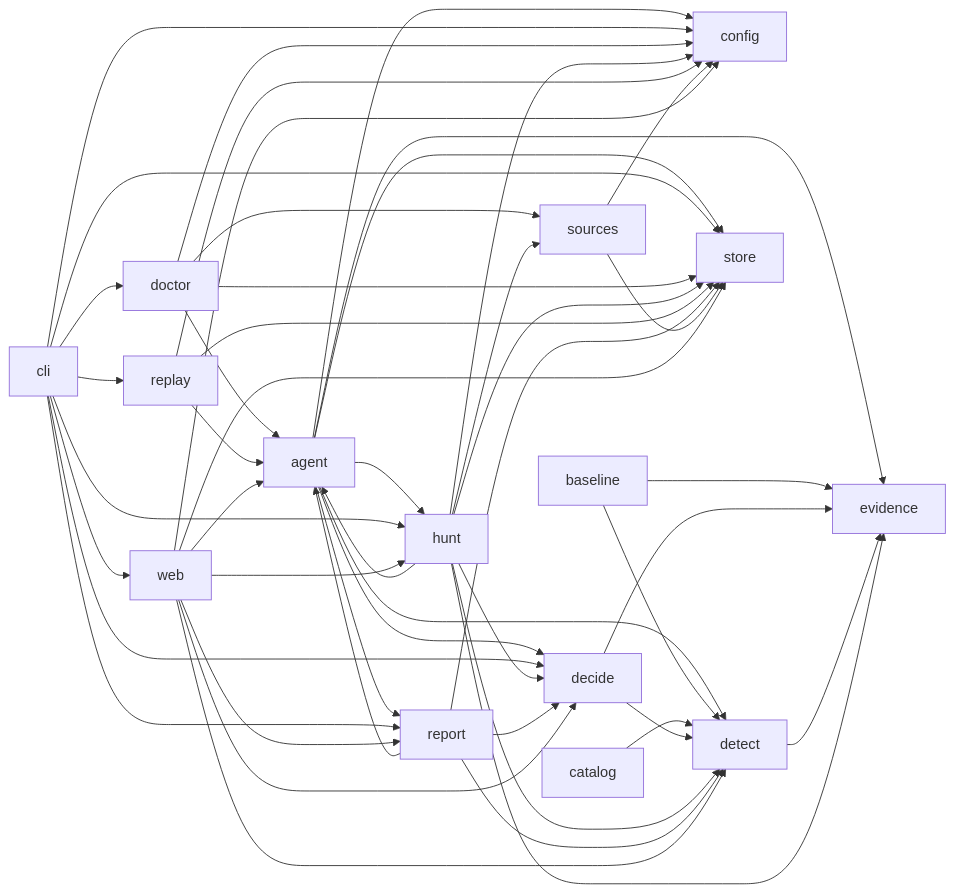
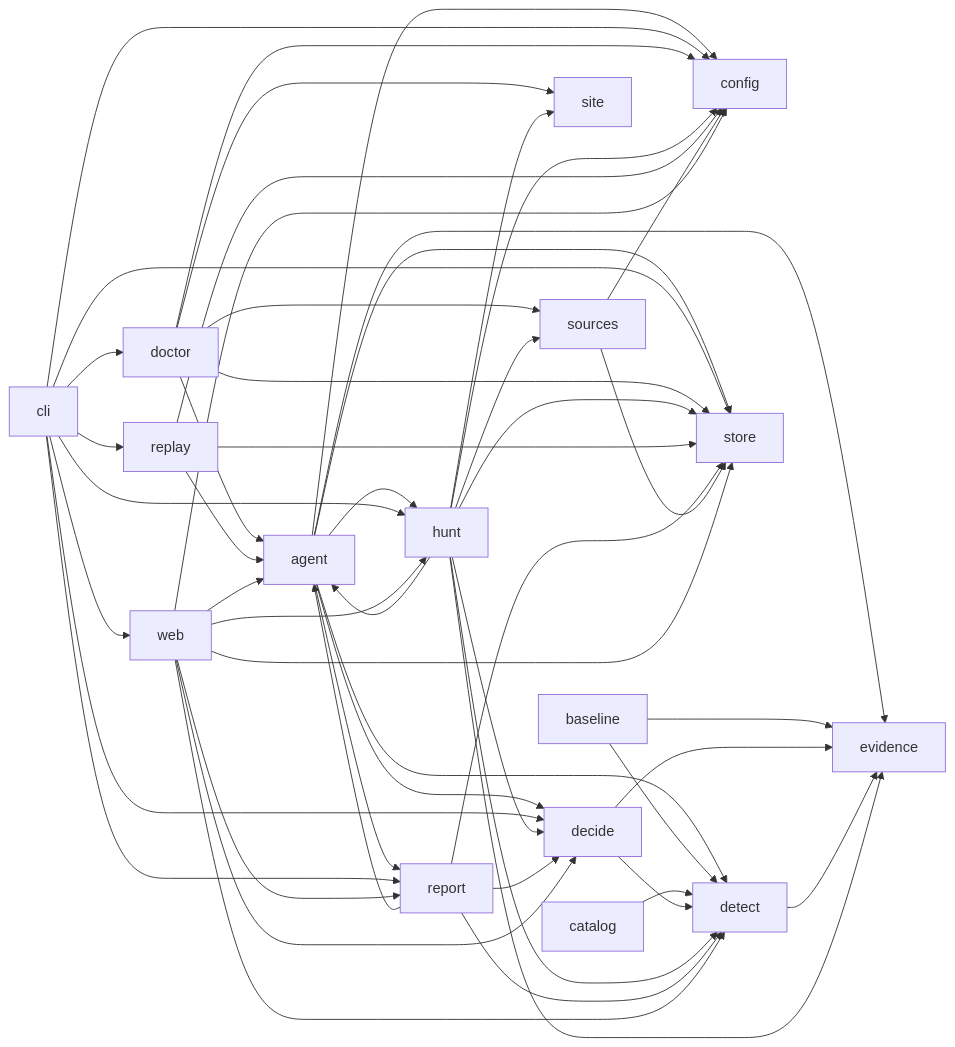
Before and after one commit to nickthabib-cloud/ROMULUS: the diagram in docs/architecture/MODULE_MAP.md, drawn with Mermaid. The commit also changed other lines of this file and 6 other files, not shown here.

````diff
--- a/docs/architecture/MODULE_MAP.md
+++ b/docs/architecture/MODULE_MAP.md
@@ -119,51 +120,53 @@
 ```mermaid
 graph LR
   agent --> config
   agent --> decide
   agent --> detect
   agent --> evidence
   agent --> hunt
   agent --> report
   agent --> store
   baseline --> detect
   baseline --> evidence
   catalog --> detect
   cli --> config
   cli --> decide
   cli --> doctor
   cli --> hunt
   cli --> replay
   cli --> report
   cli --> store
   cli --> web
   decide --> detect
   decide --> evidence
   detect --> evidence
   doctor --> agent
   doctor --> config
+  doctor --> site
   doctor --> sources
   doctor --> store
   hunt --> agent
   hunt --> config
   hunt --> decide
   hunt --> detect
   hunt --> evidence
+  hunt --> site
   hunt --> sources
   hunt --> store
   replay --> agent
   replay --> config
   replay --> store
   report --> agent
   report --> decide
   report --> detect
   report --> store
   sources --> config
   sources --> store
   web --> agent
   web --> config
   web --> decide
   web --> detect
   web --> hunt
   web --> report
   web --> store
 ```
````
